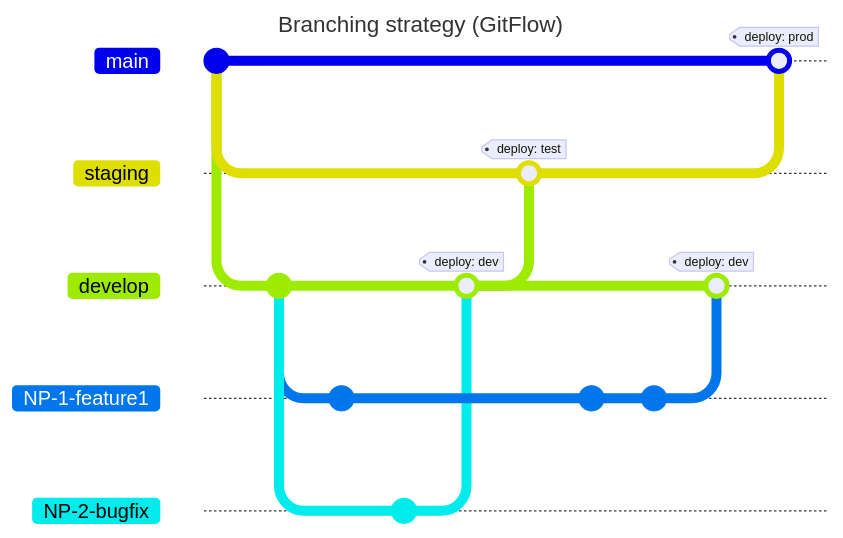
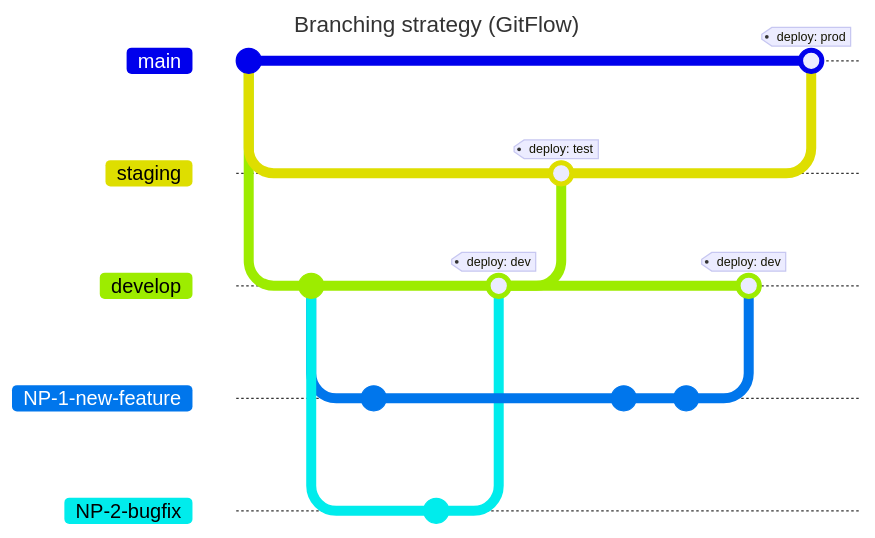
Before and after one commit to BIBSYSDEV/NVA-Frontend: the diagram in documentation/deployment/deployment.md, drawn with Mermaid. The commit also changed other lines of this file, not shown here. Commit ids are hidden.

Commit message:
Update sandbox deployment description

````diff
--- a/documentation/deployment/deployment.md
+++ b/documentation/deployment/deployment.md
@@ -23,29 +25,29 @@
 ```mermaid
 ---
 title: Branching strategy (GitFlow)
 ---
 gitGraph
     commit
     branch staging
     branch develop
     commit
-    branch NP-1-feature1
-    checkout NP-1-feature1
+    branch NP-1-new-feature
+    checkout NP-1-new-feature
     commit
     checkout develop
     branch NP-2-bugfix
     checkout NP-2-bugfix
     commit
     checkout develop
     merge NP-2-bugfix tag:"deploy: dev"
     checkout staging
     merge develop tag:"deploy: test"
-    checkout NP-1-feature1
+    checkout NP-1-new-feature
     commit
     commit
     checkout develop
-    merge NP-1-feature1 tag:"deploy: dev"
+    merge NP-1-new-feature tag:"deploy: dev"
     checkout staging
     checkout main
     merge staging tag:"deploy: prod"
 ```
````
